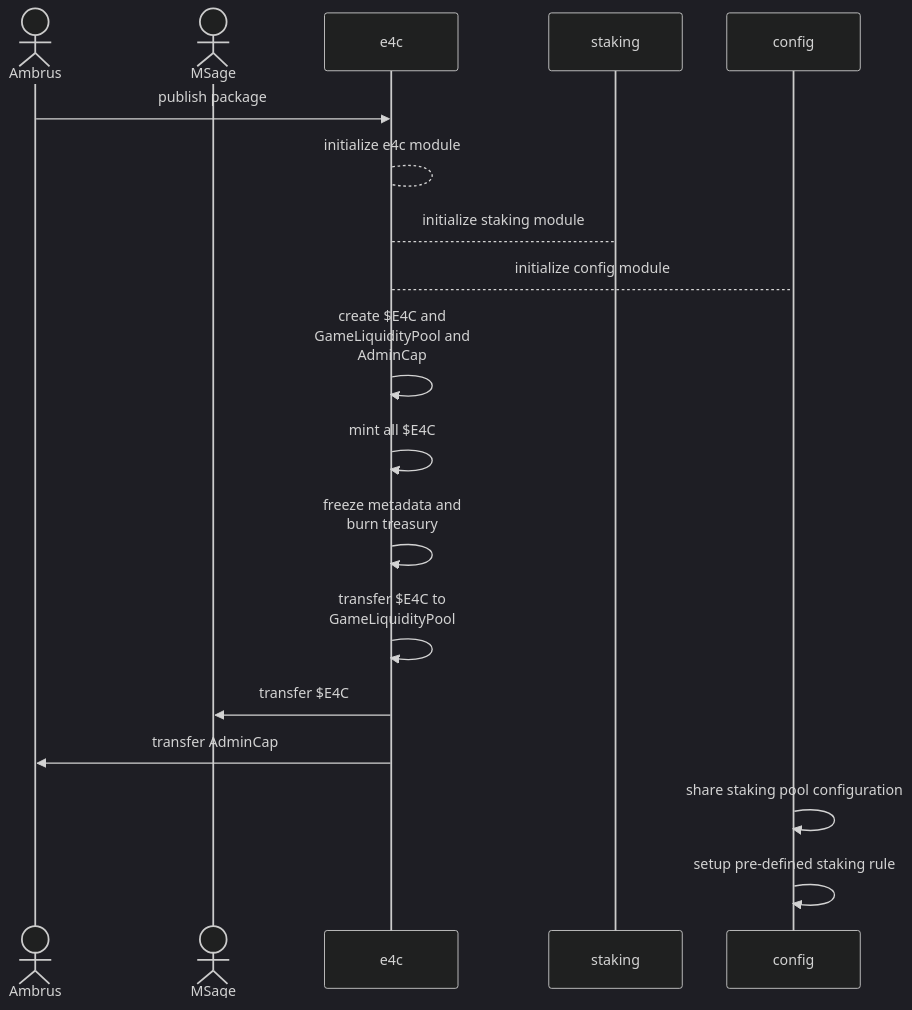
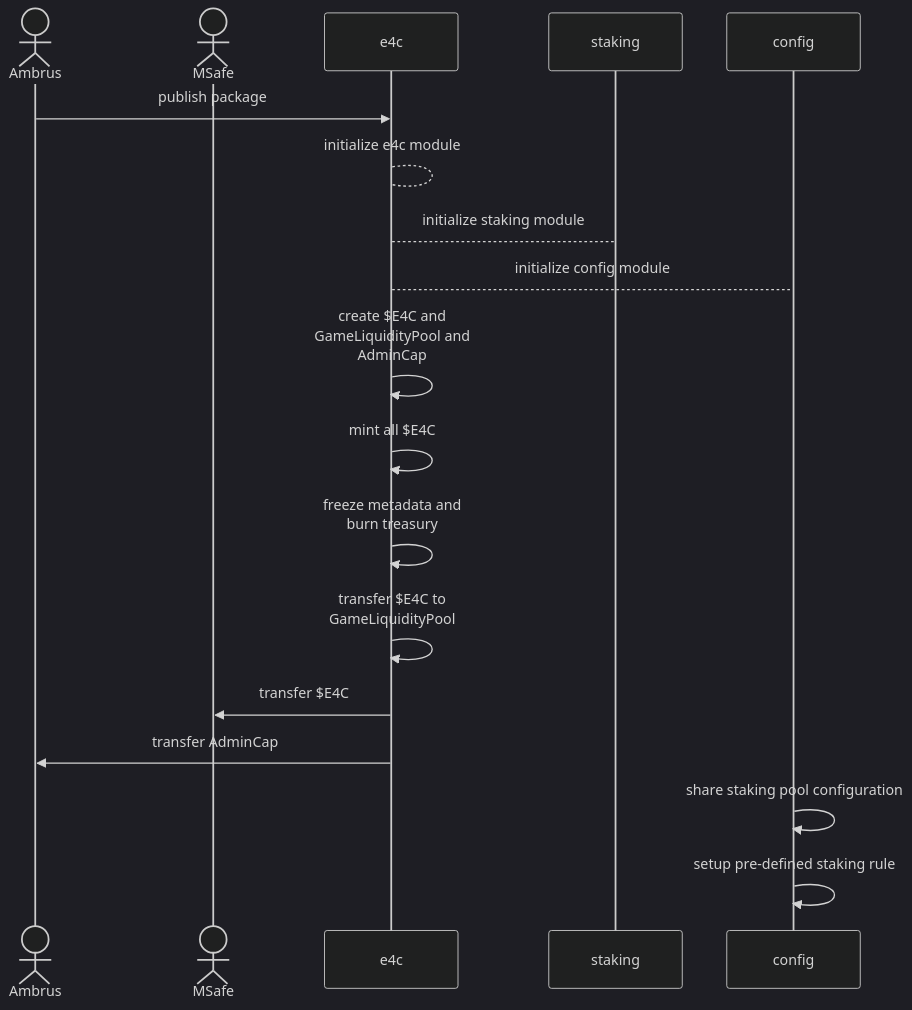
One commit to z330789559/e4c changed the first of 4 diagrams in README.md. Above: the diagram before and after it, drawn with Mermaid (dark theme). The commit also changed other lines of this file and 6 other files, not shown here.

````diff
--- a/README.md
+++ b/README.md
@@ -19,20 +19,20 @@
 ```mermaid
 sequenceDiagram
     actor A as Ambrus
-    actor M as MSage
+    actor M as MSafe
     participant e4c as e4c
     participant staking as staking
     participant config as config
     A ->> e4c: publish package
     e4c --> e4c: initialize e4c module
     e4c --> staking: initialize staking module
     e4c --> config: initialize config module
     e4c ->> e4c: create $E4C and <br />GameLiquidityPool and <br />AdminCap
     e4c ->> e4c: mint all $E4C
     e4c ->> e4c: freeze metadata and <br />burn treasury
     e4c ->> e4c: transfer $E4C to <br />GameLiquidityPool
     e4c ->> M: transfer $E4C
     e4c ->> A: transfer AdminCap
     config ->> config: share staking pool configuration
     config ->> config: setup pre-defined staking rule
 ```
````
